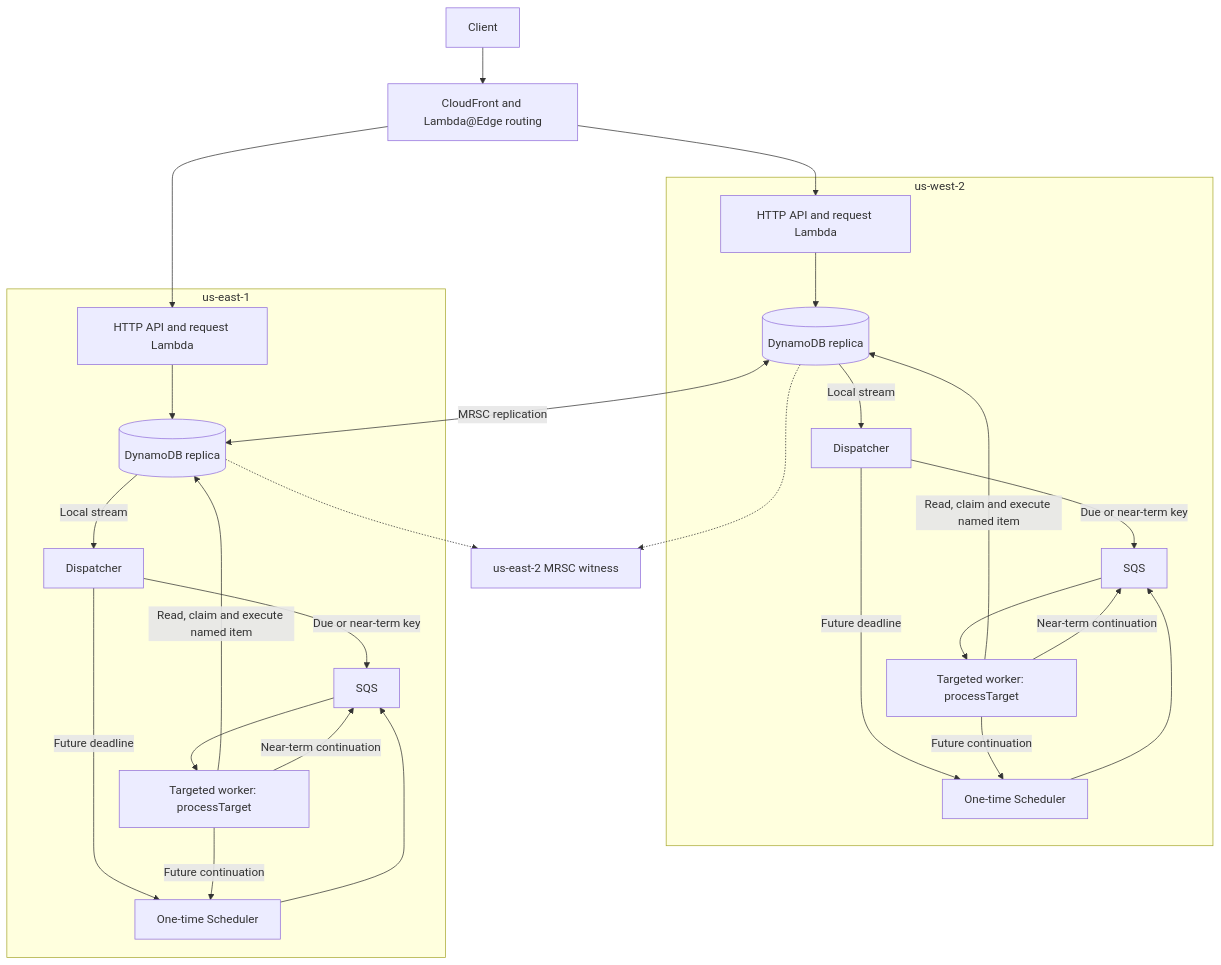
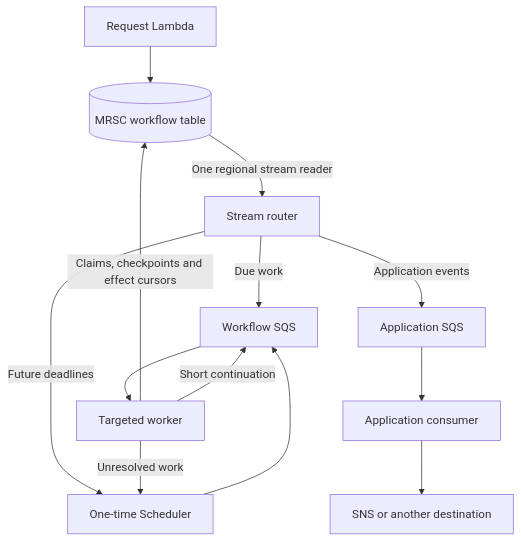
One commit to ataylorme/tanstack-workflow-aws changed the diagram in README.md. Above: the diagram before and after it, drawn with Mermaid. The commit also changed other lines of this file and 48 other files, not shown here.

````diff
--- a/README.md
+++ b/README.md
@@ -13,32 +11,15 @@
 ```mermaid
 flowchart TB
-    client["Client"] --> edge["CloudFront and Lambda@Edge routing"]
-    subgraph west["us-west-2"]
-        westApi["HTTP API and request Lambda"] --> westTable[("DynamoDB replica")]
-        westTable -->|"Local stream"| westDispatch["Dispatcher"]
-        westDispatch -->|"Due or near-term key"| westQueue["SQS"]
-        westDispatch -->|"Future deadline"| westSchedule["One-time Scheduler"]
-        westSchedule --> westQueue
-        westQueue --> westWorker["Targeted worker: processTarget"]
-        westWorker -->|"Read, claim and execute named item"| westTable
-        westWorker -->|"Near-term continuation"| westQueue
-        westWorker -->|"Future continuation"| westSchedule
-    end
-    subgraph east["us-east-1"]
-        eastApi["HTTP API and request Lambda"] --> eastTable[("DynamoDB replica")]
-        eastTable -->|"Local stream"| eastDispatch["Dispatcher"]
-        eastDispatch -->|"Due or near-term key"| eastQueue["SQS"]
-        eastDispatch -->|"Future deadline"| eastSchedule["One-time Scheduler"]
-        eastSchedule --> eastQueue
-        eastQueue --> eastWorker["Targeted worker: processTarget"]
-        eastWorker -->|"Read, claim and execute named item"| eastTable
-        eastWorker -->|"Near-term continuation"| eastQueue
-        eastWorker -->|"Future continuation"| eastSchedule
-    end
-    witness["us-east-2 MRSC witness"]
-    edge --> westApi
-    edge --> eastApi
-    westTable <-->|"MRSC replication"| eastTable
-    westTable -.-> witness
-    eastTable -.-> witness
+    api["Request Lambda"] --> table[("MRSC workflow table")]
+    table -->|"One regional stream reader"| router["Stream router"]
+    router -->|"Due work"| work["Workflow SQS"]
+    router -->|"Future deadlines"| timer["One-time Scheduler"]
+    timer --> work
+    work --> worker["Targeted worker"]
+    worker -->|"Claims, checkpoints and effect cursors"| table
+    worker -->|"Unresolved work"| timer
+    worker -->|"Short continuation"| work
+    router -->|"Application events"| events["Application SQS"]
+    events --> consumer["Application consumer"]
+    consumer --> topic["SNS or another destination"]
 ```
````
